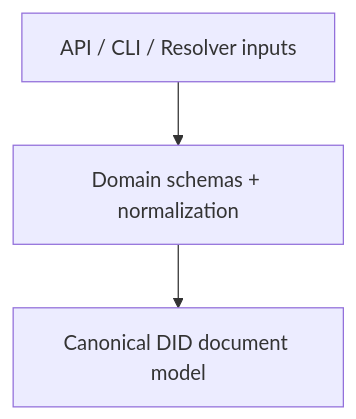
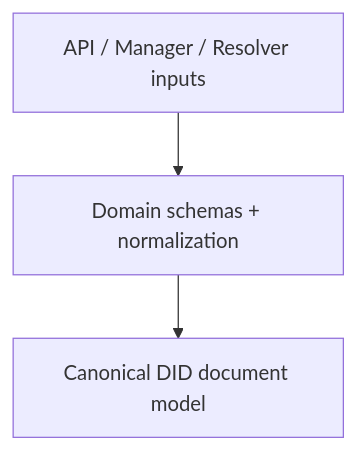
Before and after one commit to midnightntwrk/midnight-did: the first of 3 diagrams in domain/README.md, drawn with Mermaid. The commit also changed other lines of this file and 70 other files, not shown here.

````diff
--- a/domain/README.md
+++ b/domain/README.md
@@ -14,8 +14,8 @@
 ```mermaid
 graph TD
-  Inputs[API / CLI / Resolver inputs]
+  Inputs[API / Manager / Resolver inputs]
   Domain[Domain schemas + normalization]
   Outputs[Canonical DID document model]
 
   Inputs --> Domain --> Outputs
 ```
````
